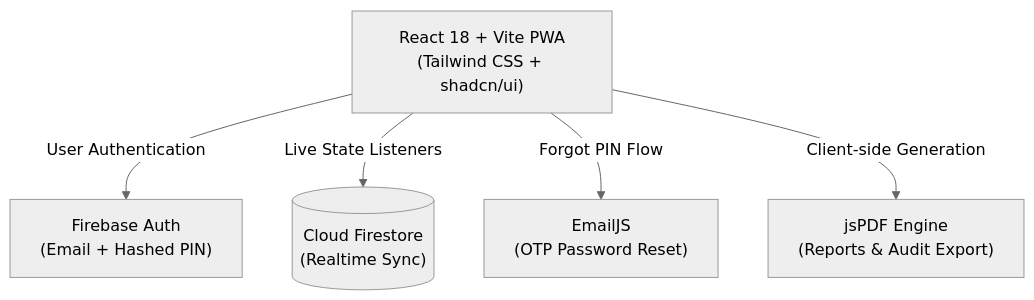
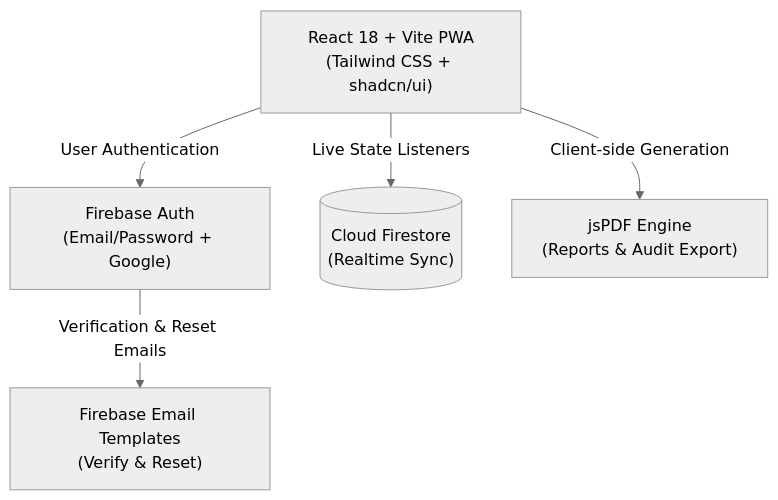
Before and after one commit to sharran-nk/Attendify: the first of 2 diagrams in README.md, drawn with Mermaid (neutral theme). The commit also changed other lines of this file, not shown here.

Commit message:
docs: update README for email/password + Google auth, tests and email templates

````diff
--- a/README.md
+++ b/README.md
@@ -86,13 +88,13 @@
 ```mermaid
 graph TD
     Client["React 18 + Vite PWA<br/>(Tailwind CSS + shadcn/ui)"]
-    Auth["Firebase Auth<br/>(Email + Hashed PIN)"]
+    Auth["Firebase Auth<br/>(Email/Password + Google)"]
     DB[("Cloud Firestore<br/>(Realtime Sync)")]
-    EmailSvc["EmailJS<br/>(OTP Password Reset)"]
+    Mail["Firebase Email Templates<br/>(Verify & Reset)"]
     DocSvc["jsPDF Engine<br/>(Reports & Audit Export)"]
 
     Client -->|User Authentication| Auth
     Client -->|Live State Listeners| DB
-    Client -->|Forgot PIN Flow| EmailSvc
+    Auth -->|Verification & Reset Emails| Mail
     Client -->|Client-side Generation| DocSvc
 ```
````
